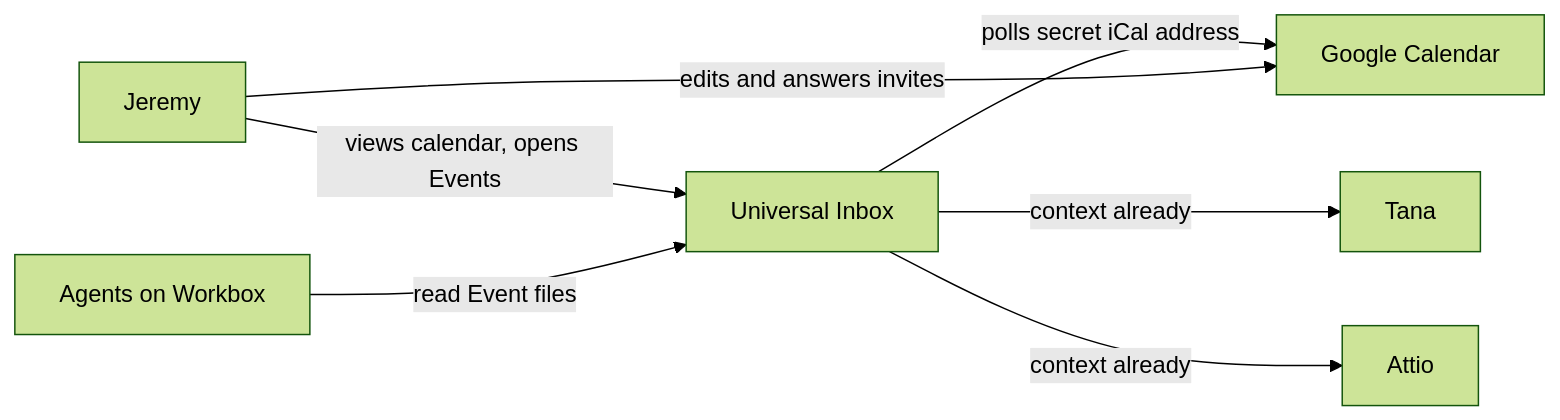
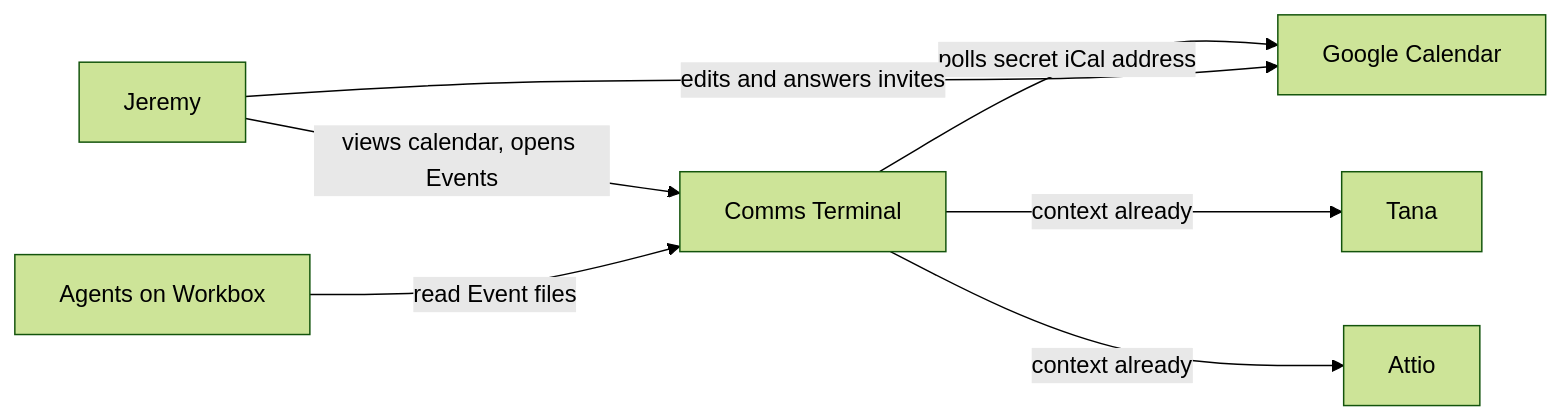
The third of 5 diagrams in .agents/discovery/2026-10-20-calendar.md (JMLegere/comms-terminal), drawn with Mermaid (forest theme) before and after one commit. The commit also changed other lines of this file and 181 other files, not shown here.

First line of the commit message:
Rename: Universal Inbox is now Comms Terminal

````diff
--- a/.agents/discovery/2026-10-20-calendar.md
+++ b/.agents/discovery/2026-10-20-calendar.md
@@ -317,9 +317,9 @@
 ```mermaid
 flowchart LR
-  J[Jeremy] -- views calendar, opens Events --> UI[Universal Inbox]
+  J[Jeremy] -- views calendar, opens Events --> UI[Comms Terminal]
   AG[Agents on Workbox] -- read Event files --> UI
   UI -- polls secret iCal address --> GC[Google Calendar]
   UI -- context already --> TANA[Tana]
   UI -- context already --> ATTIO[Attio]
   J -- edits and answers invites --> GC
 ```
````
